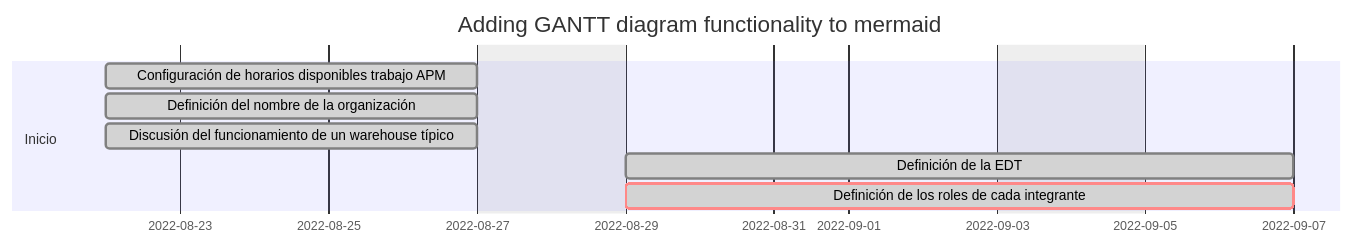
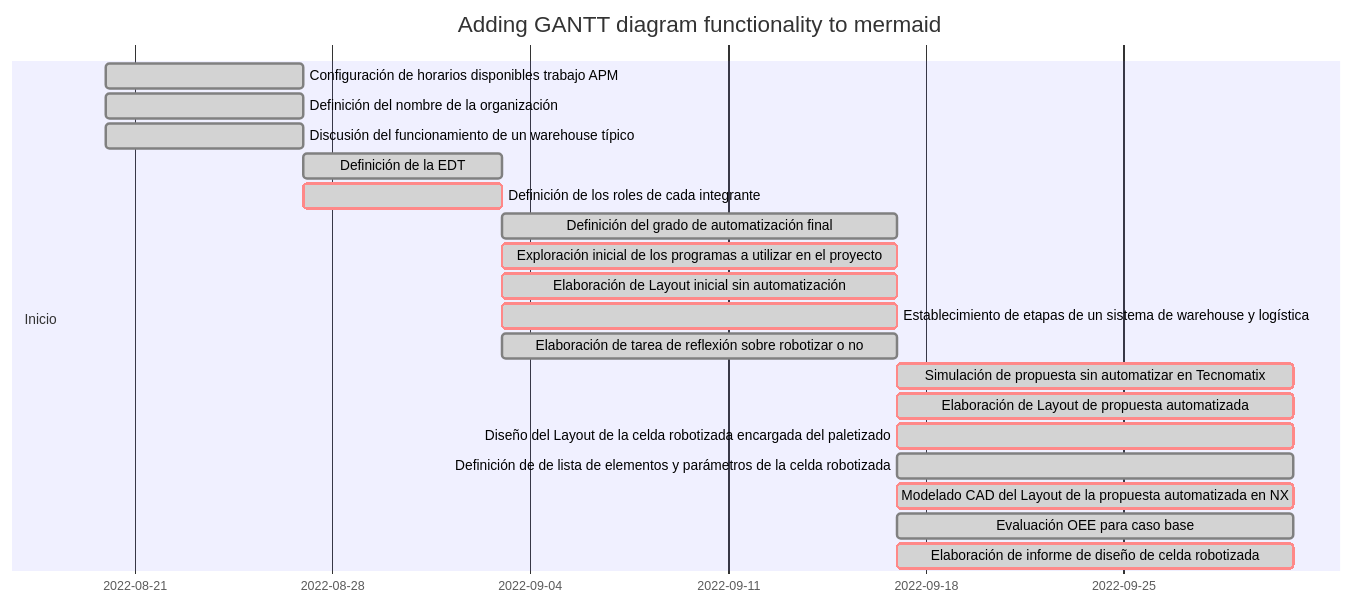
The diagram in README.md (ART3CHAutomation/WarePatch), drawn with Mermaid before and after one commit.

Commit message:
Actualización sprint #2.

````diff
--- a/README.md
+++ b/README.md
@@ -6,16 +6,29 @@
 ```mermaid
 gantt
     dateFormat  YYYY-MM-DD
     title       Adding GANTT diagram functionality to mermaid
-    excludes    weekends
+    
     %% (`excludes` accepts specific dates in YYYY-MM-DD format, days of the week ("sunday") or "weekends", but not the word "weekdays".)
 
     section Inicio
-    Configuración de horarios disponibles trabajo APM            :done,    des1, 2022-08-22, 5d
-    Definición del nombre de la organización                     :done,    des2, 2022-08-22, 5d
-    Discusión del funcionamiento de un warehouse típico          :done,    des3, 2022-08-22, 5d
-    Definición de la EDT                                         :done,    after des1, 7d
-    Definición de los roles de cada integrante                   :crit, done,    after des1, 7d
-
-
+    Configuración de horarios disponibles trabajo APM            :done,    des1, 2022-08-20, 7d
+    Definición del nombre de la organización                     :done,    des2, 2022-08-20, 7d
+    Discusión del funcionamiento de un warehouse típico          :done,    des3, 2022-08-20, 7d
+    
+    Definición de la EDT                                         :done, des4,   after des1, 7d
+    Definición de los roles de cada integrante                   :crit, done, des5,   after des1, 7d
+    
+    Definición del grado de automatización final                  :done, des6, after des4, 14d
+    Exploración inicial de los programas a utilizar en el proyecto    :crit, done, des7, after des4, 14d
+    Elaboración de Layout inicial sin automatización               :crit, done, des8, after des4, 14d
+    Establecimiento de etapas de un sistema de warehouse y logística    :crit, done, des9, after des4, 14d
+    Elaboración de tarea de reflexión sobre robotizar o no         :done, des10, after des4, 14d
+    
+    Simulación de propuesta sin automatizar en Tecnomatix              :crit, done, des11, after des10, 14d
+    Elaboración de Layout de propuesta automatizada              :crit, done, des12, after des10, 14d
+    Diseño del Layout de la celda robotizada encargada del paletizado       :crit, done, des13, after des10, 14d
+    Definición de de lista de elementos y parámetros de la celda robotizada  :done, des14, after des10, 14d
+    Modelado CAD del Layout de la propuesta automatizada en NX            :crit, done, des15, after des6, 14d
+    Evaluación OEE para caso base                                :done, des16, after des6, 14d
+    Elaboración de informe de diseño de celda robotizada         :crit, done, des17, after des6, 14d
 ```
````
